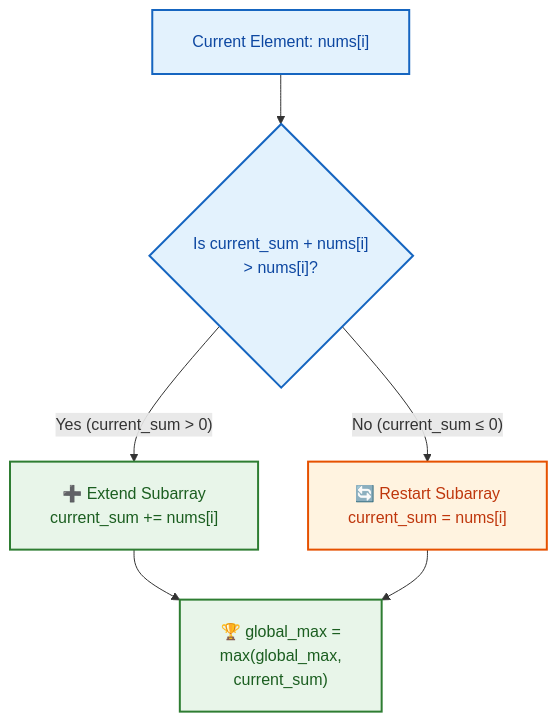
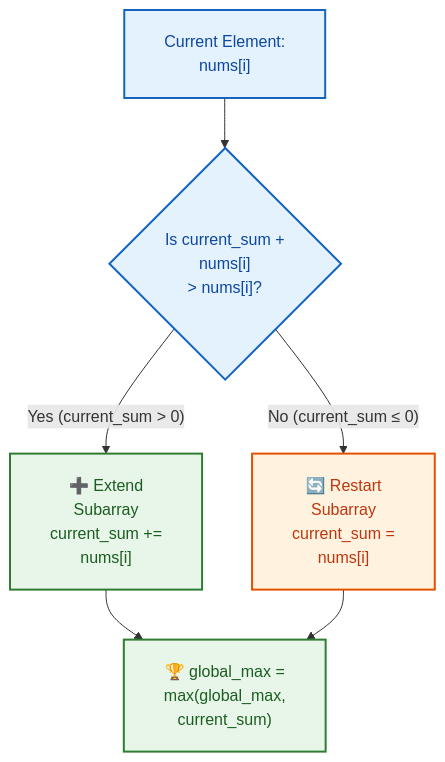
Before and after one commit to dip4k/DSA_102: the first of 2 diagrams in week_05_tier_1_critical_patterns/Week_05_Visual_Concepts_Playbook_HYBRID.md, drawn with Mermaid. The commit also changed other lines of this file and 106 other files, not shown here.

First line of the commit message:
fix(mermaid): prevent text clipping with foreignObject overflow and tighter line wrapping

````diff
--- a/week_05_tier_1_critical_patterns/Week_05_Visual_Concepts_Playbook_HYBRID.md
+++ b/week_05_tier_1_critical_patterns/Week_05_Visual_Concepts_Playbook_HYBRID.md
@@ -390,22 +390,22 @@
 ```mermaid
-%%{init: {"flowchart": {"htmlLabels": true, "padding": 20}}}%%
+%%{init: {"flowchart": {"htmlLabels": true, "padding": 20}, "themeCSS": "foreignObject { overflow: visible !important; }"}}%%
 flowchart TD
-    Current["Current Element: nums[i]"]
-    Check{"Is current_sum + nums[i]<br/>> nums[i]?"}
-    Extend["➕ Extend Subarray<br/>current_sum += nums[i]"]
-    Restart["🔄 Restart Subarray<br/>current_sum = nums[i]"]
+    Current["Current Element:<br/>nums[i]"]
+    Check{"Is current_sum +<br/>nums[i]<br/>> nums[i]?"}
+    Extend["➕ Extend<br/>Subarray<br/>current_sum +=<br/>nums[i]"]
+    Restart["🔄 Restart<br/>Subarray<br/>current_sum =<br/>nums[i]"]
     Update["🏆 global_max =<br/>max(global_max,<br/>current_sum)"]
 
     Current --> Check
     Check -->|"Yes (current_sum > 0)"| Extend
     Check -->|"No (current_sum &le; 0)"| Restart
     Extend --> Update
     Restart --> Update
 
     classDef proc fill:#e3f2fd,stroke:#1565c0,stroke-width:2px,color:#0d47a1
     classDef warn fill:#fff3e0,stroke:#e65100,stroke-width:2px,color:#bf360c
     classDef success fill:#e8f5e9,stroke:#2e7d32,stroke-width:2px,color:#1b5e20
     class Current,Check proc
     class Restart warn
     class Extend,Update success
 ```
````
